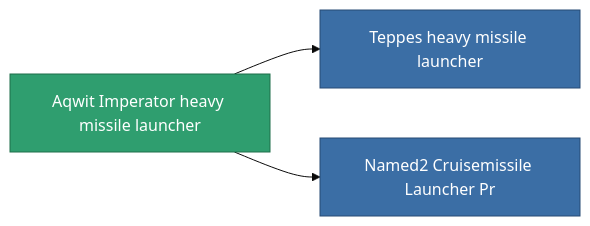
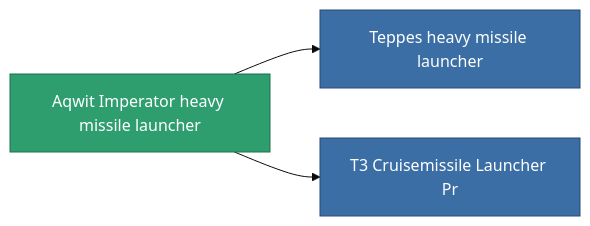
Before and after one commit to OpenPerpetuum/Wiki: the diagram in content/content/items/named1_cruisemissile_launcher.md, drawn with Mermaid (base theme). The commit also changed other lines of this file and 4904 other files, not shown here.

````diff
--- a/content/content/items/named1_cruisemissile_launcher.md
+++ b/content/content/items/named1_cruisemissile_launcher.md
@@ -68,13 +50,13 @@
 ```mermaid
 graph LR
     a["Aqwit Imperator heavy missile launcher"]:::current
     b["Teppes heavy missile launcher"]:::prod
     a --> b
     click b "/content/items/named2-cruisemissile-launcher/" "Teppes heavy missile launcher"
-    c["Named2 Cruisemissile Launcher Pr"]:::prod
+    c["T3 Cruisemissile Launcher Pr"]:::prod
     a --> c
-    click c "/content/items/named2-cruisemissile-launcher-pr/" "Named2 Cruisemissile Launcher Pr"
+    click c "/content/items/named2-cruisemissile-launcher-pr/" "T3 Cruisemissile Launcher Pr"
     classDef current fill:#2f9e6f,stroke:#1f6f4a,color:#ffffff
     classDef prod fill:#3b6ea5,stroke:#274a75,color:#ffffff
     classDef more fill:#39445a,stroke:#54658a,color:#d5dbe8
 ```
````
